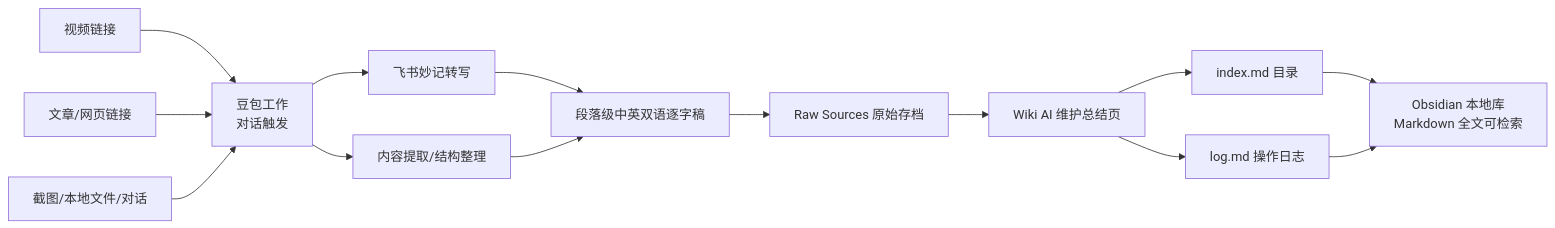
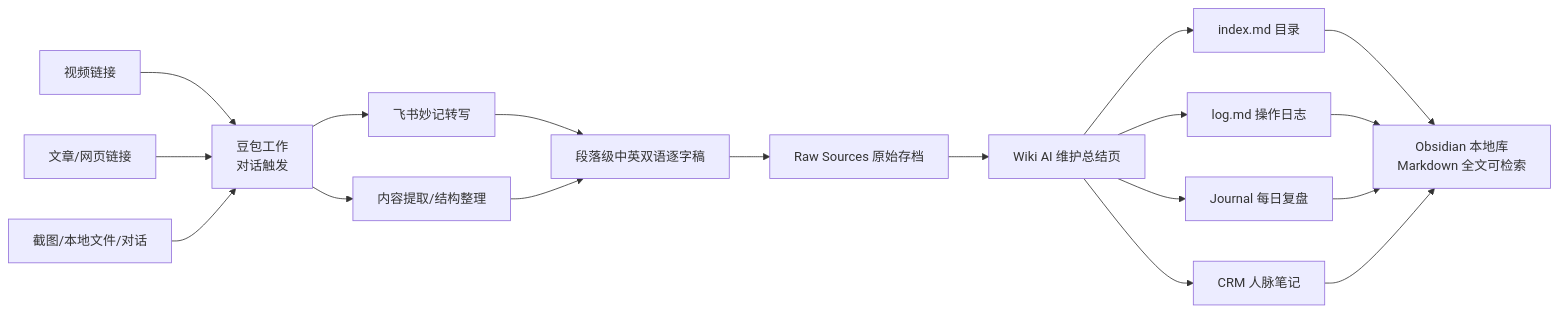
Before and after one commit to happyandlg123321-maker/obsidian-doubao-second-brain: the diagram in README.md, drawn with Mermaid. The commit also changed other lines of this file and 12 other files, not shown here.

First line of the commit message:
feat: v0.2 三支柱升级 — Journal 每日复盘 + CRM 人脉笔记 + 定时自动化

````diff
--- a/README.md
+++ b/README.md
@@ -17,16 +29,20 @@
 ```mermaid
 flowchart LR
     A[视频链接] --> D[豆包工作<br>对话触发]
     B[文章/网页链接] --> D
     C[截图/本地文件/对话] --> D
     D --> E[飞书妙记转写]
     D --> F[内容提取/结构整理]
     E --> G[段落级中英双语逐字稿]
     F --> G
     G --> H[Raw Sources 原始存档]
     H --> I[Wiki AI 维护总结页]
     I --> J[index.md 目录]
     I --> K[log.md 操作日志]
+    I --> J2[Journal 每日复盘]
+    I --> C2[CRM 人脉笔记]
     J --> L[Obsidian 本地库<br>Markdown 全文可检索]
     K --> L
+    J2 --> L
+    C2 --> L
 ```
````
